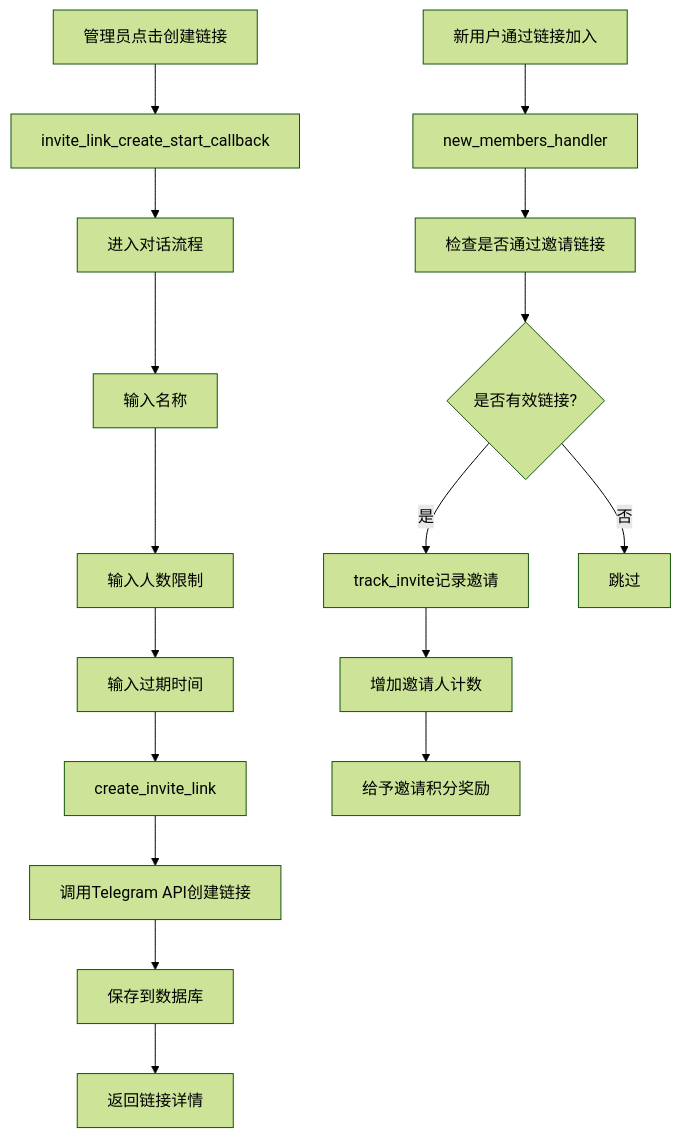
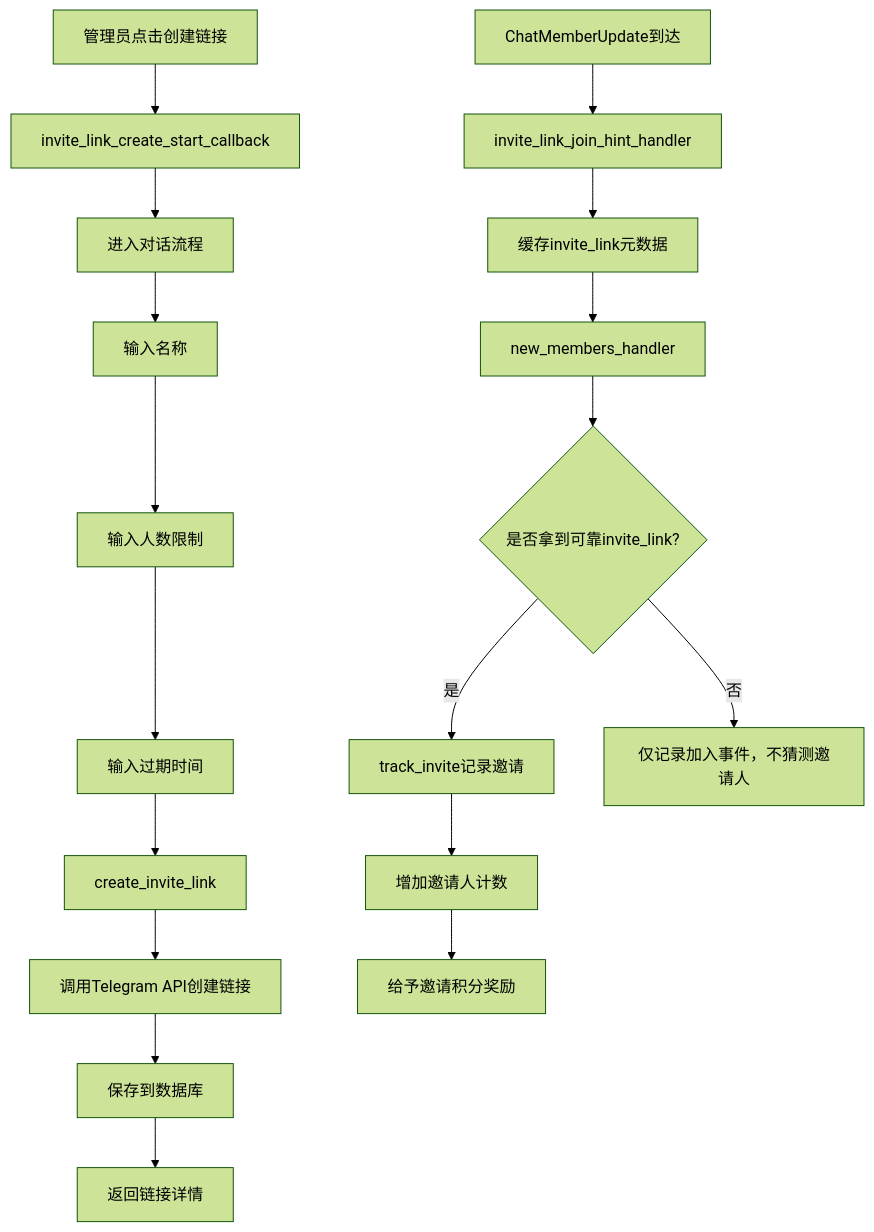
One commit to chenxi1280/TgGroupRobot changed the eighth of 13 diagrams in README.md. Above: the diagram before and after it, drawn with Mermaid (forest theme). The commit also changed other lines of this file and 591 other files, not shown here.

````diff
--- a/README.md
+++ b/README.md
@@ -880,20 +897,21 @@
 ```mermaid
 graph TD
     A[管理员点击创建链接] --> B[invite_link_create_start_callback]
     B --> C[进入对话流程]
     C --> D[输入名称]
     D --> E[输入人数限制]
     E --> F[输入过期时间]
     F --> G[create_invite_link]
     G --> H[调用Telegram API创建链接]
     H --> I[保存到数据库]
     I --> J[返回链接详情]
 
-    K[新用户通过链接加入] --> L[new_members_handler]
-    L --> M[检查是否通过邀请链接]
-    M --> N{是否有效链接?}
-    N -->|是| O[track_invite记录邀请]
-    O --> P[增加邀请人计数]
-    P --> Q[给予邀请积分奖励]
-    N -->|否| R[跳过]
+    K[ChatMemberUpdate到达] --> L[invite_link_join_hint_handler]
+    L --> M[缓存invite_link元数据]
+    M --> N[new_members_handler]
+    N --> O{是否拿到可靠invite_link?}
+    O -->|是| P[track_invite记录邀请]
+    P --> Q[增加邀请人计数]
+    Q --> R[给予邀请积分奖励]
+    O -->|否| S[仅记录加入事件，不猜测邀请人]
 ```
````
